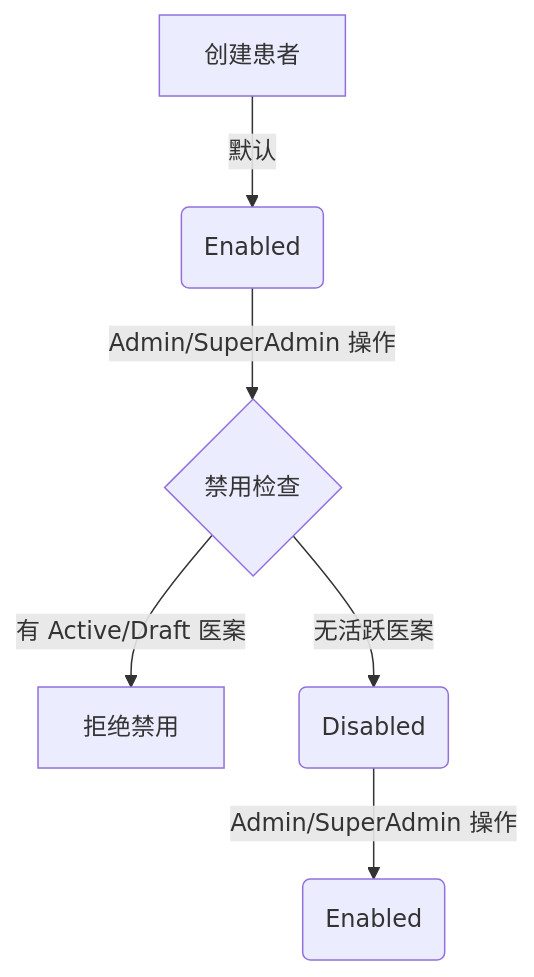
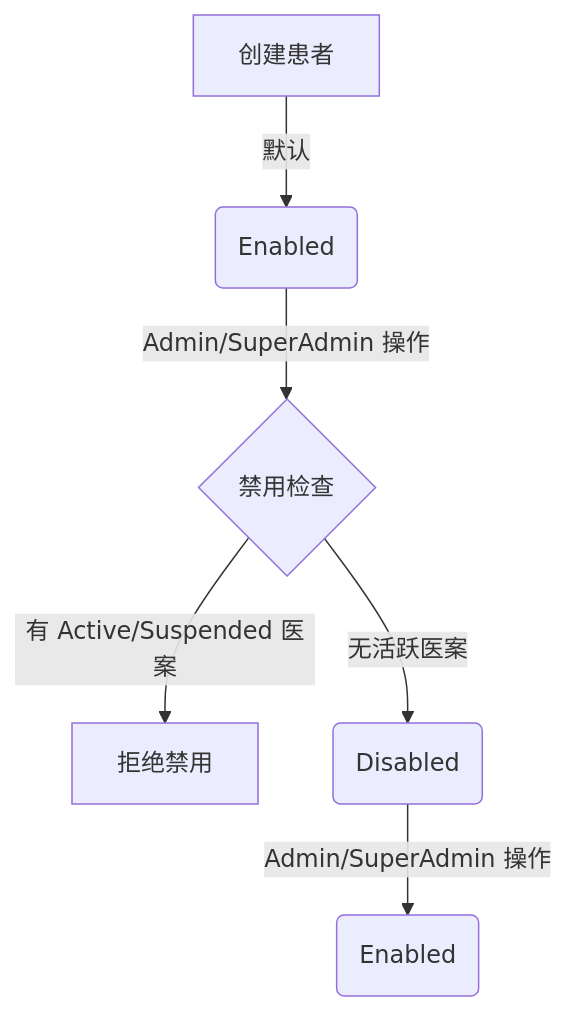
Before and after one commit to shouqitao/LYBTZYZS: the diagram in docs/07-concepts/30-patient-status-lifecycle.md, drawn with Mermaid. The commit also changed other lines of this file and 3 other files, not shown here.

````diff
--- a/docs/07-concepts/30-patient-status-lifecycle.md
+++ b/docs/07-concepts/30-patient-status-lifecycle.md
@@ -26,8 +26,8 @@
 ```mermaid
 graph TD
     A[创建患者] -->|默认| B(Enabled)
     B -->|Admin/SuperAdmin 操作| C{禁用检查}
-    C -->|有 Active/Draft 医案| D[拒绝禁用]
+    C -->|有 Active/Suspended 医案| D[拒绝禁用]
     C -->|无活跃医案| E(Disabled)
     E -->|Admin/SuperAdmin 操作| F(Enabled)
 ```
````
